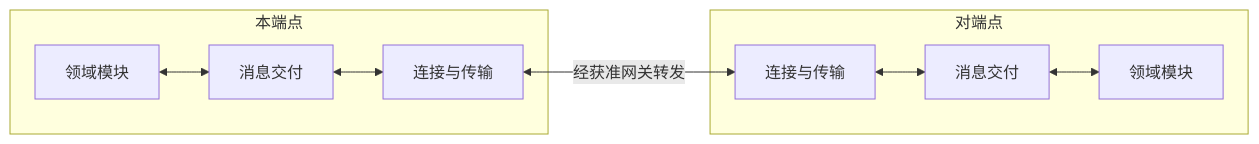
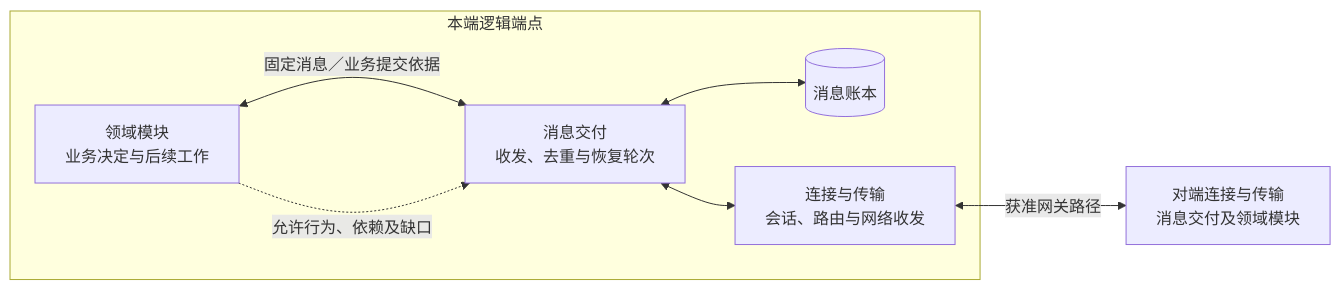
One commit to ruipengliu/lerna changed the first of 2 diagrams in docs/architecture/endpoint-communication/README.md. Above: the diagram before and after it, drawn with Mermaid. The commit also changed other lines of this file and 87 other files, not shown here.

Commit message:
docs: refine architecture design and preview settings

````diff
--- a/docs/architecture/endpoint-communication/README.md
+++ b/docs/architecture/endpoint-communication/README.md
@@ -13,20 +16,14 @@
 ```mermaid
 flowchart LR
-    subgraph Local[本端点]
-        LBusiness[领域模块]
-        LDelivery[消息交付]
-        LTransport[连接与传输]
-        LBusiness <--> LDelivery
-        LDelivery <--> LTransport
+    subgraph Local[本端逻辑端点]
+        Domain[领域模块<br/>业务决定与后续工作]
+        Delivery[消息交付<br/>收发、去重与恢复轮次]
+        Ledger[(消息账本)]
+        Transport[连接与传输<br/>会话、路由与网络收发]
+        Domain <-->|固定消息／业务提交依据| Delivery
+        Domain -.->|允许行为、依赖及缺口| Delivery
+        Delivery <--> Ledger
+        Delivery <--> Transport
     end
-
-    subgraph Remote[对端点]
-        RTransport[连接与传输]
-        RDelivery[消息交付]
-        RBusiness[领域模块]
-        RTransport <--> RDelivery
-        RDelivery <--> RBusiness
-    end
-
-    LTransport <-->|经获准网关转发| RTransport
+    Transport <-->|获准网关路径| Remote[对端连接与传输<br/>消息交付及领域模块]
 ```
````
